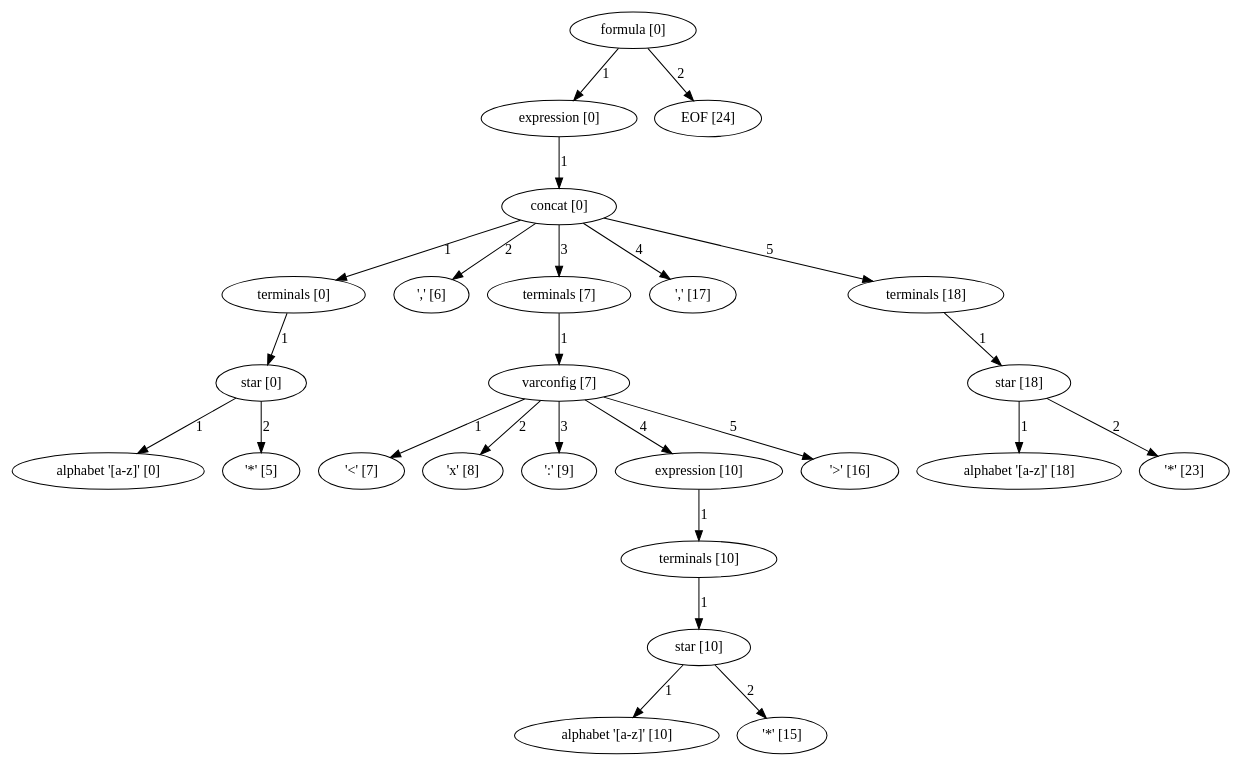
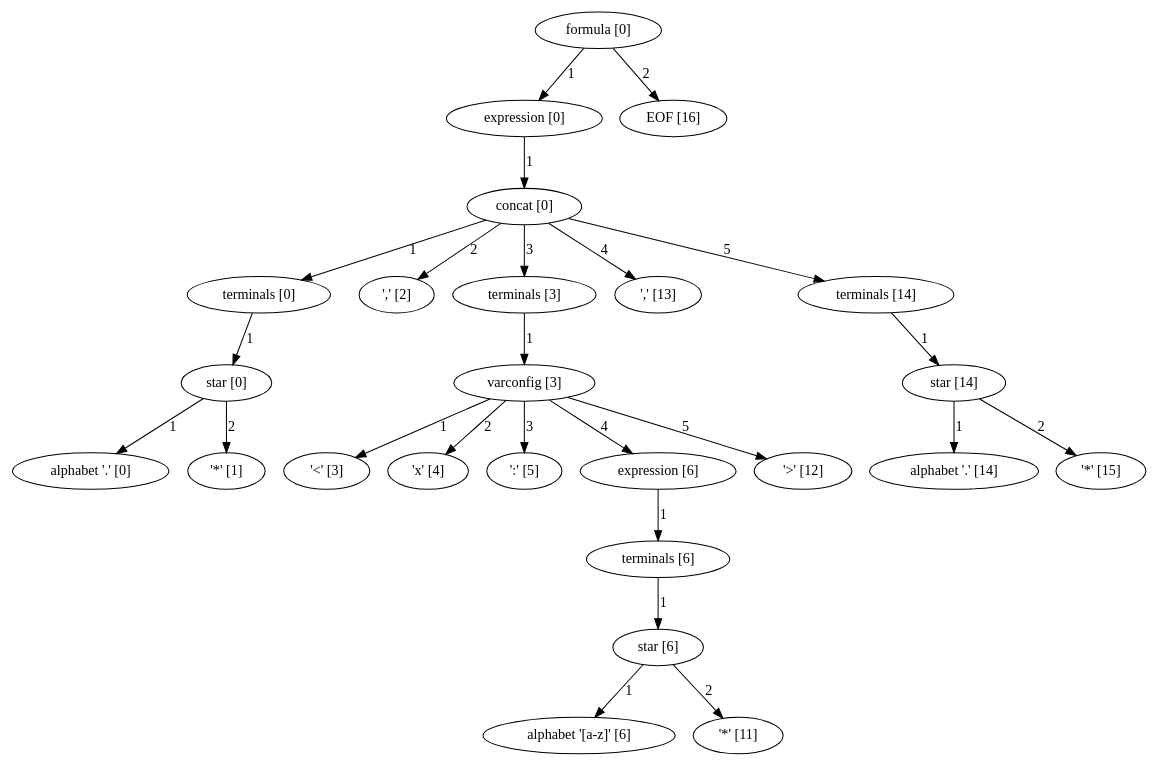
One commit to yipsimon/DocumentSpanners_MSc changed the diagram in formula_parse_tree.dot. Above: the diagram before and after it, drawn with Graphviz. The commit also changed 25 other files, not shown here.

```diff
--- a/formula_parse_tree.dot
+++ b/formula_parse_tree.dot
@@ -1,75 +1,75 @@
 digraph arpeggio_graph {
-140047006246976 [label="formula [0]"];
-140047006246976->140047006245888 [label="1"]
+140008252753984 [label="formula [0]"];
+140008252753984->140008252752760 [label="1"]
 
-140047006245888 [label="expression [0]"];
-140047006245888->140047006245752 [label="1"]
+140008252752760 [label="expression [0]"];
+140008252752760->140008252752624 [label="1"]
 
-140047006245752 [label="concat [0]"];
-140047006245752->140047006193320 [label="1"]
+140008252752624 [label="concat [0]"];
+140008252752624->140008252720128 [label="1"]
 
-140047006193320 [label="terminals [0]"];
-140047006193320->140047006192640 [label="1"]
+140008252720128 [label="terminals [0]"];
+140008252720128->140008252719992 [label="1"]
 
-140047006192640 [label="star [0]"];
-140047006192640->140047015233352 [label="1"]
+140008252719992 [label="star [0]"];
+140008252719992->140008261757304 [label="1"]
 
-140047015233352 [label="alphabet '[a-z]' [0]"];
-140047006192640->140047015233688 [label="2"]
+140008261757304 [label="alphabet '.' [0]"];
+140008252719992->140008261757640 [label="2"]
 
-140047015233688 [label=" '*' [5]"];
-140047006245752->140047015233800 [label="2"]
+140008261757640 [label=" '*' [1]"];
+140008252752624->140008261757752 [label="2"]
 
-140047015233800 [label=" ',' [6]"];
-140047006245752->140047006246704 [label="3"]
+140008261757752 [label=" ',' [2]"];
+140008252752624->140008252753712 [label="3"]
 
-140047006246704 [label="terminals [7]"];
-140047006246704->140047006246568 [label="1"]
+140008252753712 [label="terminals [3]"];
+140008252753712->140008252753576 [label="1"]
 
-140047006246568 [label="varconfig [7]"];
-140047006246568->140047015233128 [label="1"]
+140008252753576 [label="varconfig [3]"];
+140008252753576->140008261757080 [label="1"]
 
-140047015233128 [label=" '<' [7]"];
-140047006246568->140047015233912 [label="2"]
+140008261757080 [label=" '<' [3]"];
+140008252753576->140008261757864 [label="2"]
 
-140047015233912 [label=" 'x' [8]"];
-140047006246568->140047015234024 [label="3"]
+140008261757864 [label=" 'x' [4]"];
+140008252753576->140008261757976 [label="3"]
 
-140047015234024 [label=" ':' [9]"];
-140047006246568->140047006246432 [label="4"]
+140008261757976 [label=" ':' [5]"];
+140008252753576->140008252753304 [label="4"]
 
-140047006246432 [label="expression [10]"];
-140047006246432->140047006246296 [label="1"]
+140008252753304 [label="expression [6]"];
+140008252753304->140008252753032 [label="1"]
 
-140047006246296 [label="terminals [10]"];
-140047006246296->140047006246160 [label="1"]
+140008252753032 [label="terminals [6]"];
+140008252753032->140008252753168 [label="1"]
 
-140047006246160 [label="star [10]"];
-140047006246160->140047015234808 [label="1"]
+140008252753168 [label="star [6]"];
+140008252753168->140008261758760 [label="1"]
 
-140047015234808 [label="alphabet '[a-z]' [10]"];
-140047006246160->140047015235032 [label="2"]
+140008261758760 [label="alphabet '[a-z]' [6]"];
+140008252753168->140008261758872 [label="2"]
 
-140047015235032 [label=" '*' [15]"];
-140047006246568->140047015234920 [label="5"]
+140008261758872 [label=" '*' [11]"];
+140008252753576->140008252809288 [label="5"]
 
-140047015234920 [label=" '>' [16]"];
-140047006245752->140047015235144 [label="4"]
+140008252809288 [label=" '>' [12]"];
+140008252752624->140008252809400 [label="4"]
 
-140047015235144 [label=" ',' [17]"];
-140047006245752->140047006246024 [label="5"]
+140008252809400 [label=" ',' [13]"];
+140008252752624->140008252752896 [label="5"]
 
-140047006246024 [label="terminals [18]"];
-140047006246024->140047006192776 [label="1"]
+140008252752896 [label="terminals [14]"];
+140008252752896->140008252720672 [label="1"]
 
-140047006192776 [label="star [18]"];
-140047006192776->140047015234696 [label="1"]
+140008252720672 [label="star [14]"];
+140008252720672->140008261758536 [label="1"]
 
-140047015234696 [label="alphabet '[a-z]' [18]"];
-140047006192776->140047015234472 [label="2"]
+140008261758536 [label="alphabet '.' [14]"];
+140008252720672->140008261758312 [label="2"]
 
-140047015234472 [label=" '*' [23]"];
-140047006246976->140047015234584 [label="2"]
+140008261758312 [label=" '*' [15]"];
+140008252753984->140008261758088 [label="2"]
 
-140047015234584 [label="EOF [24]"];
+140008261758088 [label="EOF [16]"];
 }
```
